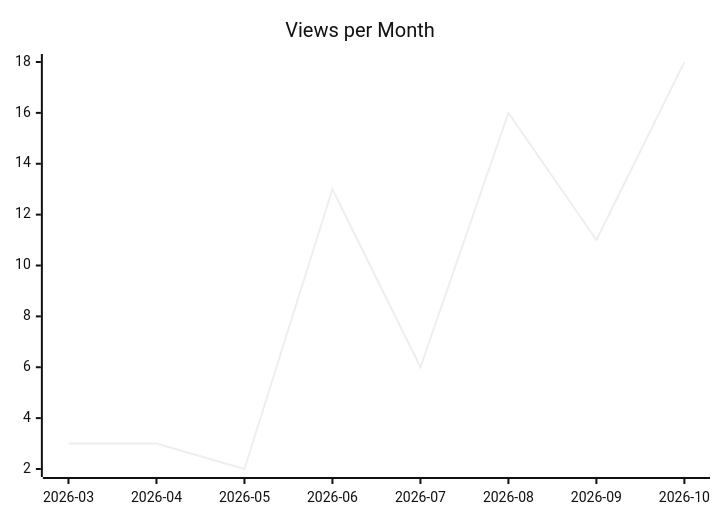
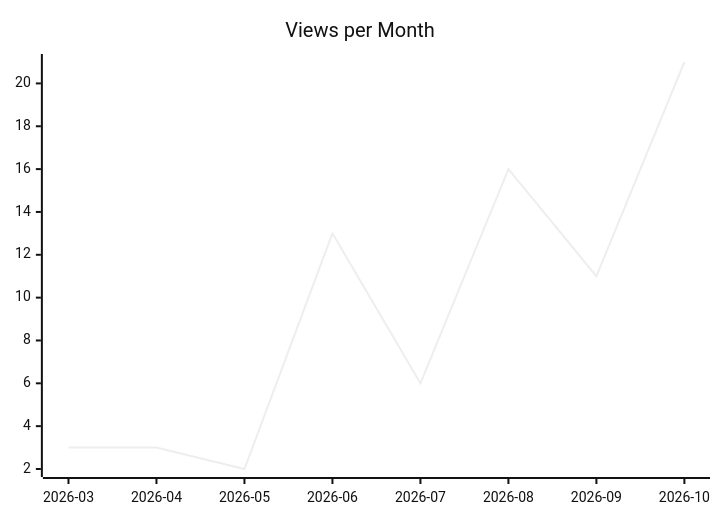
The second of 3 diagrams in karlmdavis/rps-tourney/README.md (justdavis-family/github-analytics-data), drawn with Mermaid (neutral theme) before and after one commit. The commit also changed other lines of this file and 201 other files, not shown here.

````diff
--- a/karlmdavis/rps-tourney/README.md
+++ b/karlmdavis/rps-tourney/README.md
@@ -12,6 +12,6 @@
 ```mermaid
 xychart-beta
   title "Views per Month"
   x-axis ["2026-03", "2026-04", "2026-05", "2026-06", "2026-07", "2026-08", "2026-09", "2026-10"]
-  line [3, 3, 2, 13, 6, 16, 11, 18]
+  line [3, 3, 2, 13, 6, 16, 11, 21]
 ```
````
